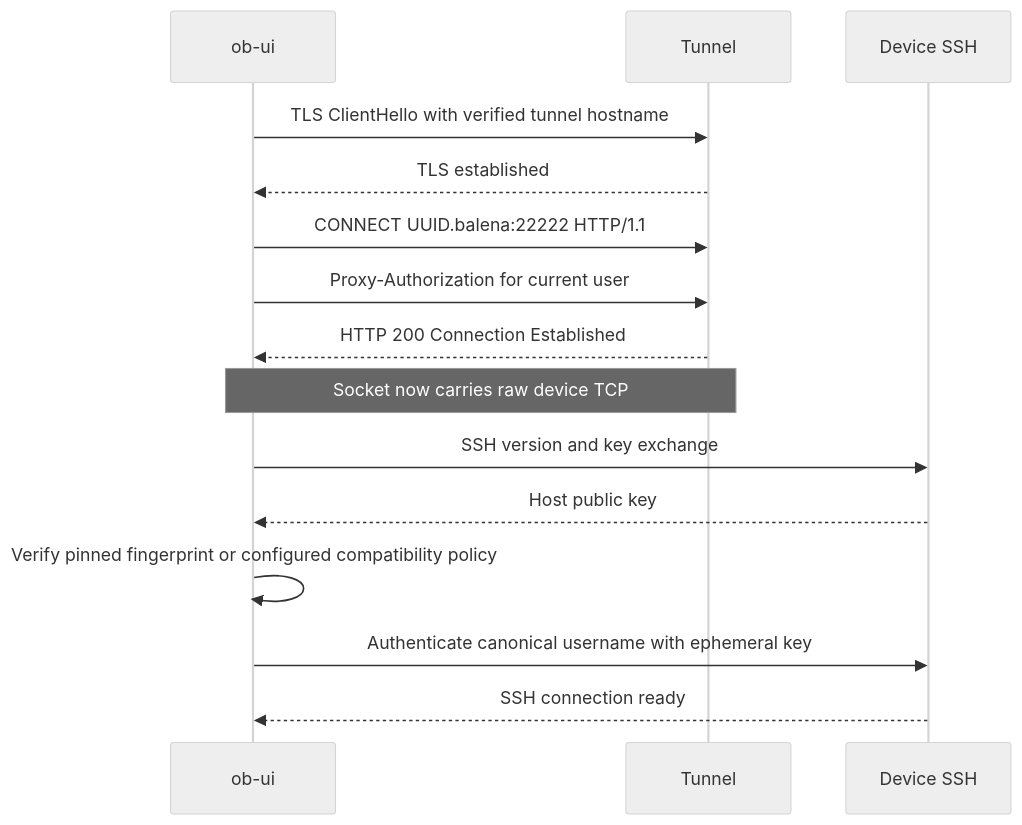
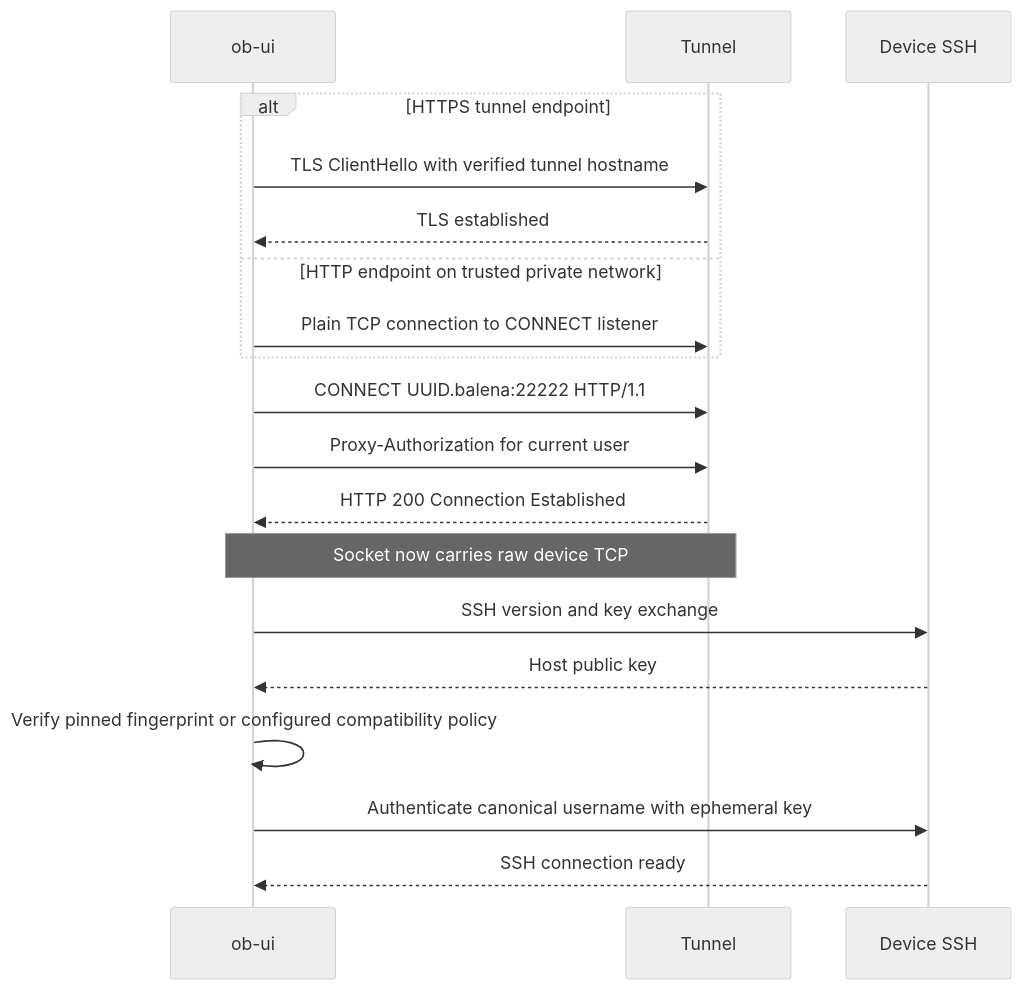
Before and after one commit to ob-community/open-balena-ui: the fifth of 10 diagrams in REMOTE_ACCESS_ARCHITECTURE.md, drawn with Mermaid (neutral theme). The commit also changed other lines of this file and 27 other files, not shown here.

````diff
--- a/REMOTE_ACCESS_ARCHITECTURE.md
+++ b/REMOTE_ACCESS_ARCHITECTURE.md
@@ -292,18 +298,22 @@
 ```mermaid
 sequenceDiagram
     participant U as ob-ui
     participant T as Tunnel
     participant S as Device SSH
 
-    U->>T: TLS ClientHello with verified tunnel hostname
-    T-->>U: TLS established
+    alt HTTPS tunnel endpoint
+        U->>T: TLS ClientHello with verified tunnel hostname
+        T-->>U: TLS established
+    else HTTP endpoint on trusted private network
+        U->>T: Plain TCP connection to CONNECT listener
+    end
     U->>T: CONNECT UUID.balena:22222 HTTP/1.1
     U->>T: Proxy-Authorization for current user
     T-->>U: HTTP 200 Connection Established
     Note over U,T: Socket now carries raw device TCP
     U->>S: SSH version and key exchange
     S-->>U: Host public key
     U->>U: Verify pinned fingerprint or configured compatibility policy
     U->>S: Authenticate canonical username with ephemeral key
     S-->>U: SSH connection ready
 ```
````
